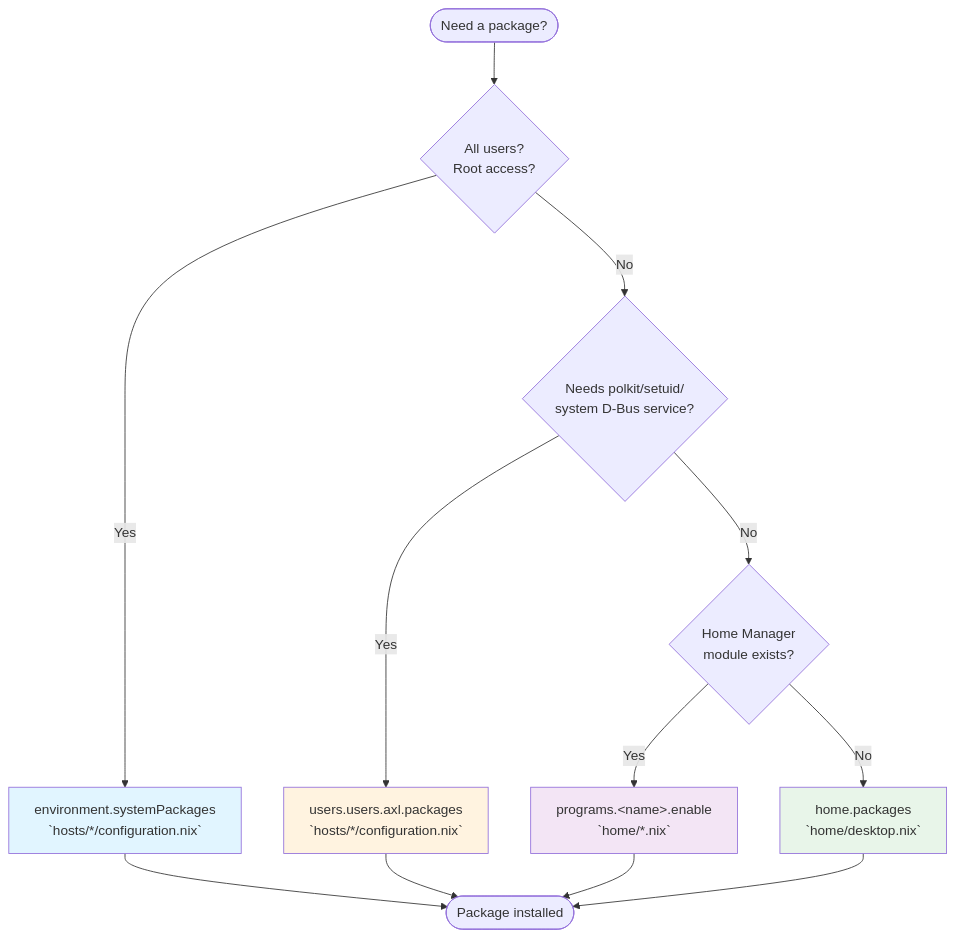
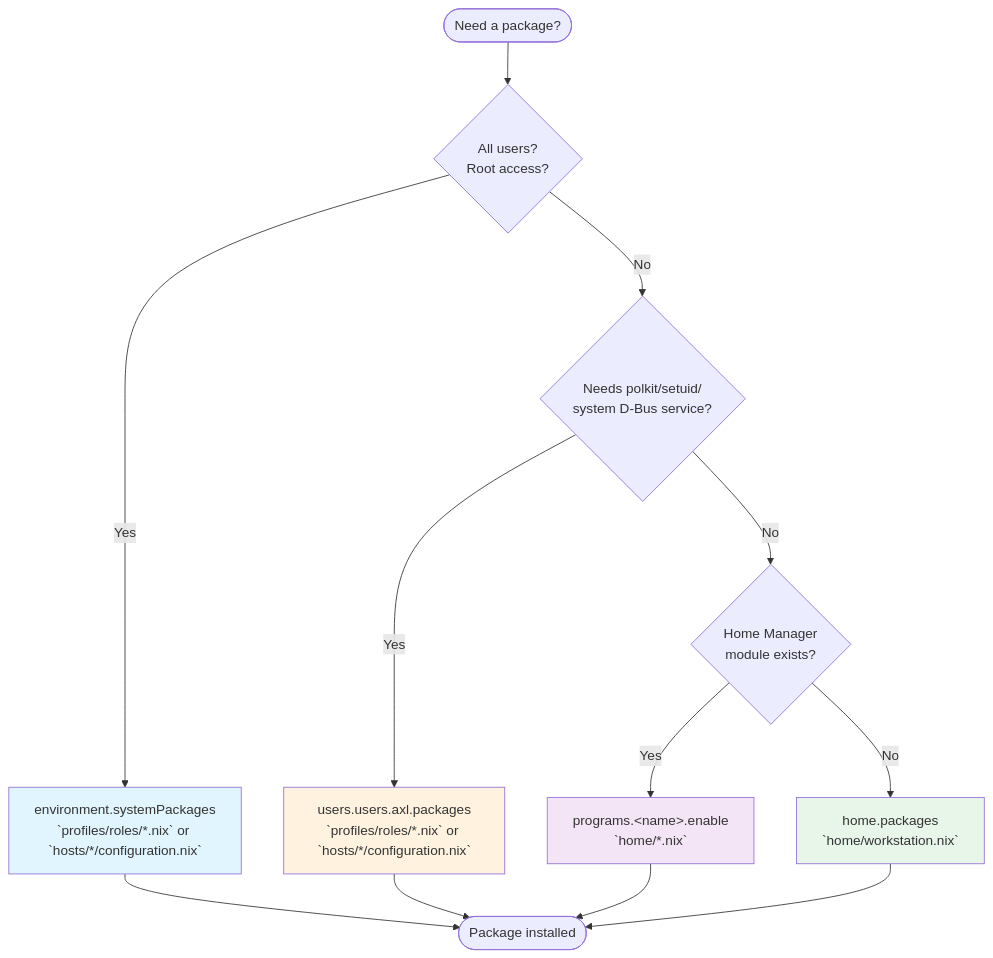
Before and after one commit to axler8r/nixotic: the diagram in docs/packages.md, drawn with Mermaid. The commit also changed other lines of this file and 5 other files, not shown here.

````diff
--- a/docs/packages.md
+++ b/docs/packages.md
@@ -14,20 +14,20 @@
 ```mermaid
 flowchart TD
     Start([Need a package?]) --> Q1{All users?<br/>Root access?}
-    Q1 -->|Yes| Sys[environment.systemPackages<br/>`hosts/*/configuration.nix`]
+    Q1 -->|Yes| Sys[environment.systemPackages<br/>`profiles/roles/*.nix` or `hosts/*/configuration.nix`]
     Q1 -->|No| Q2{Needs polkit/setuid/<br/>system D-Bus service?}
-    Q2 -->|Yes| User[users.users.axl.packages<br/>`hosts/*/configuration.nix`]
+    Q2 -->|Yes| User[users.users.axl.packages<br/>`profiles/roles/*.nix` or `hosts/*/configuration.nix`]
     Q2 -->|No| Q3{Home Manager<br/>module exists?}
     Q3 -->|Yes| Prog[programs.&lt;name&gt;.enable<br/>`home/*.nix`]
-    Q3 -->|No| Home[home.packages<br/>`home/desktop.nix`]
+    Q3 -->|No| Home[home.packages<br/>`home/workstation.nix`]
 
     Sys --> End([Package installed])
     User --> End
     Prog --> End
     Home --> End
 
     style Sys fill:#e1f5ff
     style User fill:#fff3e0
     style Prog fill:#f3e5f5
     style Home fill:#e8f5e9
 ```
````
